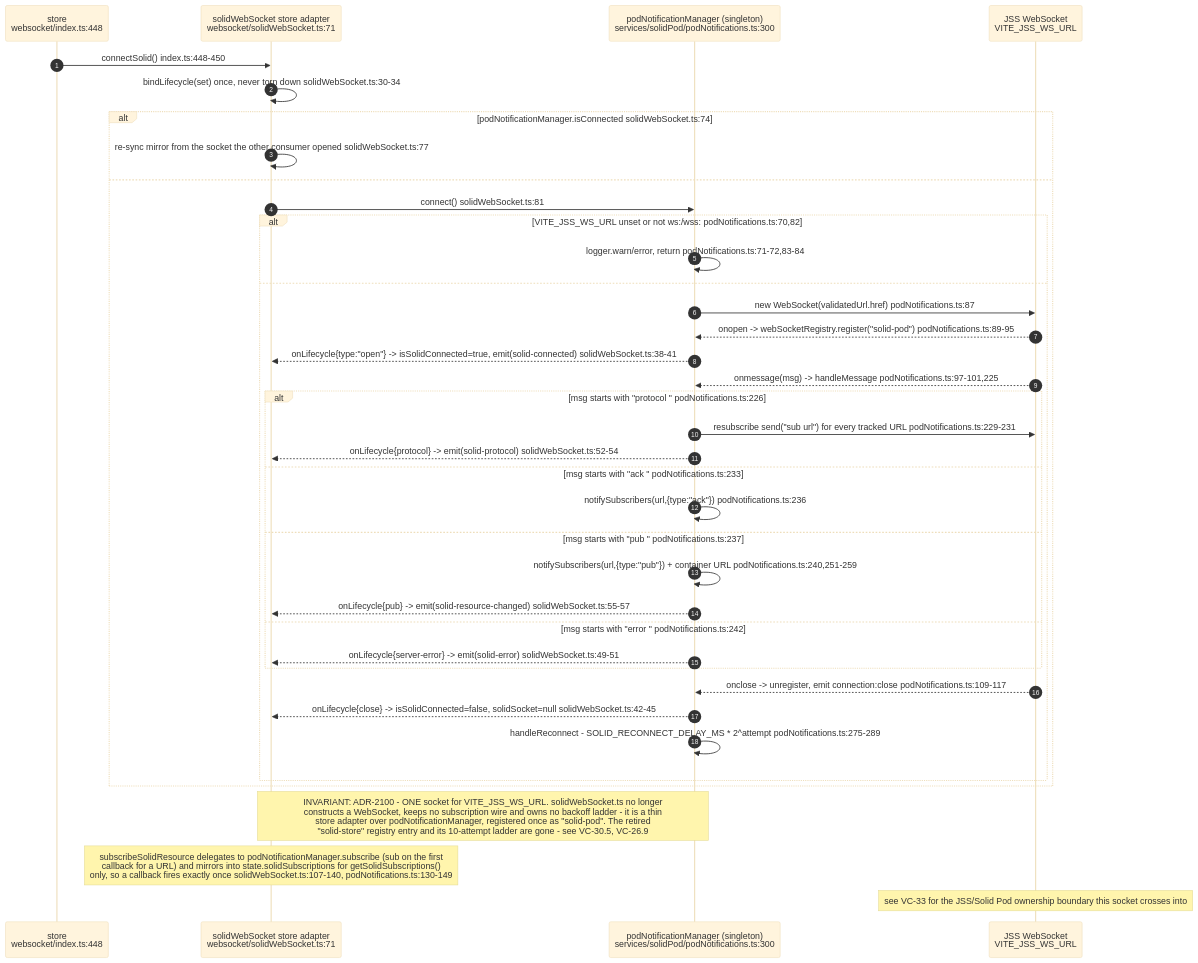
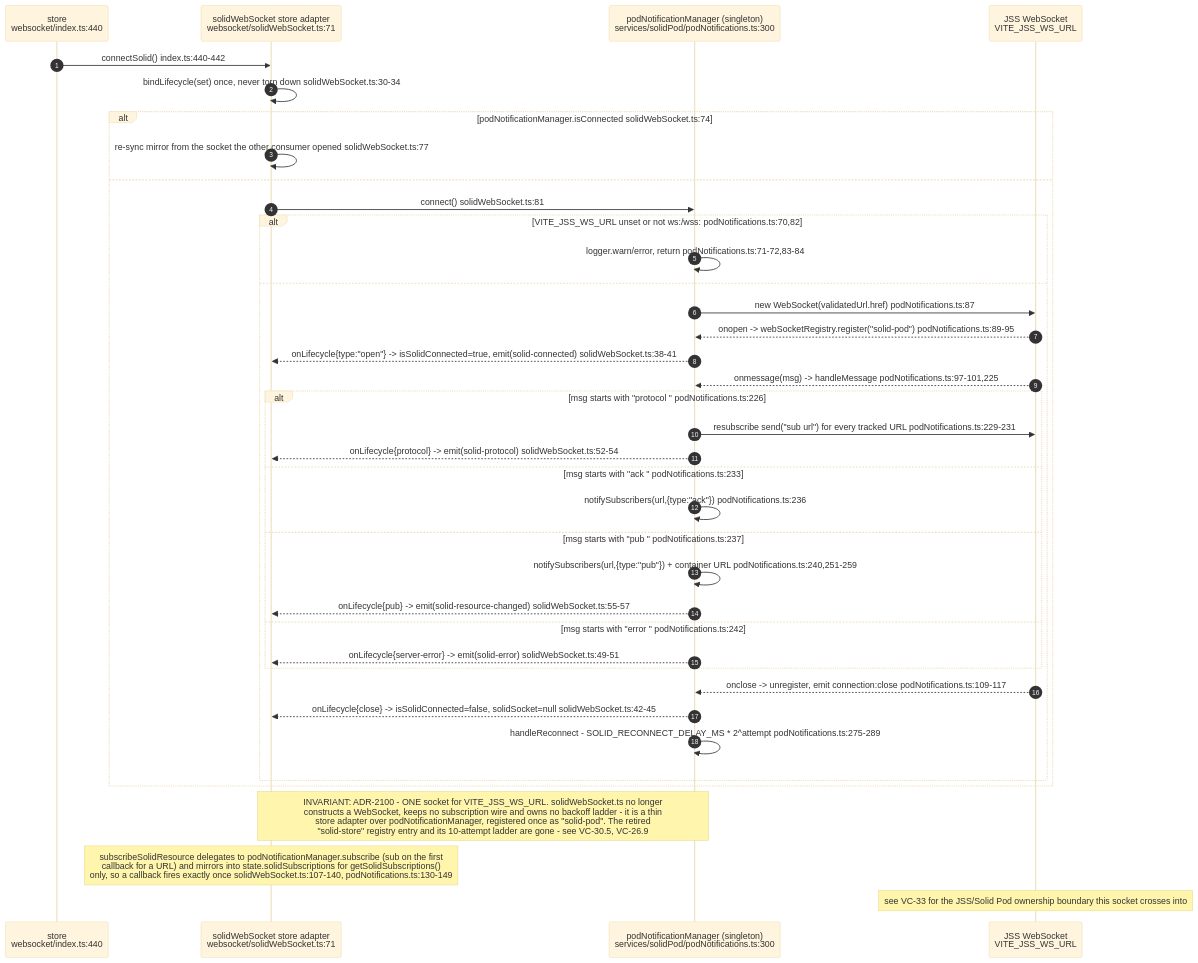
One commit to DreamLab-AI/VisionFlow changed diagram 14 of 15 in docs/diagrams/visionclaw/32-client-websocket-and-binary.md. Above: the diagram before and after it, drawn with Mermaid (base theme). The commit also changed other lines of this file and 81 other files, not shown here.

First line of the commit message:
docs(diagrams): roll VisionClaw topics to main 010e1109b (PR 37 and 38 merged); fix remaining prose citations

````diff
--- a/docs/diagrams/visionclaw/32-client-websocket-and-binary.md
+++ b/docs/diagrams/visionclaw/32-client-websocket-and-binary.md
@@ -586,41 +586,41 @@
 ```mermaid
 sequenceDiagram
     autonumber
-    participant C as store<br/>websocket/index.ts:448
+    participant C as store<br/>websocket/index.ts:440
     participant SW as solidWebSocket store adapter<br/>websocket/solidWebSocket.ts:71
     participant PN as podNotificationManager (singleton)<br/>services/solidPod/podNotifications.ts:300
     participant JSS as JSS WebSocket<br/>VITE_JSS_WS_URL
 
-    C->>SW: connectSolid() index.ts:448-450
+    C->>SW: connectSolid() index.ts:440-442
     SW->>SW: bindLifecycle(set) once, never torn down solidWebSocket.ts:30-34
     alt podNotificationManager.isConnected solidWebSocket.ts:74
         SW->>SW: re-sync mirror from the socket the other consumer opened solidWebSocket.ts:77
     else
         SW->>PN: connect() solidWebSocket.ts:81
         alt VITE_JSS_WS_URL unset or not ws:/wss: podNotifications.ts:70,82
             PN->>PN: logger.warn/error, return podNotifications.ts:71-72,83-84
         else
             PN->>JSS: new WebSocket(validatedUrl.href) podNotifications.ts:87
             JSS-->>PN: onopen -> webSocketRegistry.register("solid-pod") podNotifications.ts:89-95
             PN-->>SW: onLifecycle{type:"open"} -> isSolidConnected=true, emit(solid-connected) solidWebSocket.ts:38-41
             JSS-->>PN: onmessage(msg) -> handleMessage podNotifications.ts:97-101,225
             alt msg starts with "protocol " podNotifications.ts:226
                 PN->>JSS: resubscribe send("sub url") for every tracked URL podNotifications.ts:229-231
                 PN-->>SW: onLifecycle{protocol} -> emit(solid-protocol) solidWebSocket.ts:52-54
             else msg starts with "ack " podNotifications.ts:233
                 PN->>PN: notifySubscribers(url,{type:"ack"}) podNotifications.ts:236
             else msg starts with "pub " podNotifications.ts:237
                 PN->>PN: notifySubscribers(url,{type:"pub"}) + container URL podNotifications.ts:240,251-259
                 PN-->>SW: onLifecycle{pub} -> emit(solid-resource-changed) solidWebSocket.ts:55-57
             else msg starts with "error " podNotifications.ts:242
                 PN-->>SW: onLifecycle{server-error} -> emit(solid-error) solidWebSocket.ts:49-51
             end
             JSS-->>PN: onclose -> unregister, emit connection:close podNotifications.ts:109-117
             PN-->>SW: onLifecycle{close} -> isSolidConnected=false, solidSocket=null solidWebSocket.ts:42-45
             PN->>PN: handleReconnect - SOLID_RECONNECT_DELAY_MS * 2^attempt podNotifications.ts:275-289
         end
     end
     Note over SW,PN: INVARIANT: ADR-2100 - ONE socket for VITE_JSS_WS_URL. solidWebSocket.ts no longer<br/>constructs a WebSocket, keeps no subscription wire and owns no backoff ladder - it is a thin<br/>store adapter over podNotificationManager, registered once as "solid-pod". The retired<br/>"solid-store" registry entry and its 10-attempt ladder are gone - see VC-30.5, VC-26.9
     Note over SW: subscribeSolidResource delegates to podNotificationManager.subscribe (sub on the first<br/>callback for a URL) and mirrors into state.solidSubscriptions for getSolidSubscriptions()<br/>only, so a callback fires exactly once solidWebSocket.ts:107-140, podNotifications.ts:130-149
     Note over JSS: see VC-33 for the JSS/Solid Pod ownership boundary this socket crosses into
 ```
````
